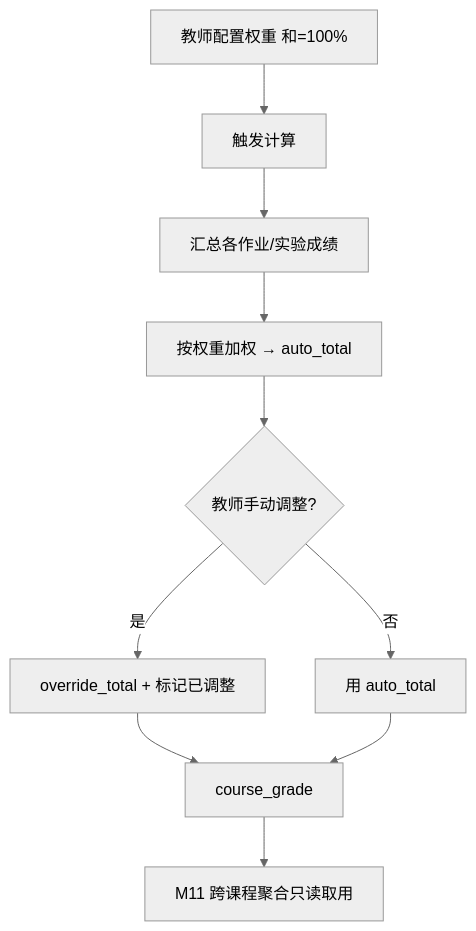
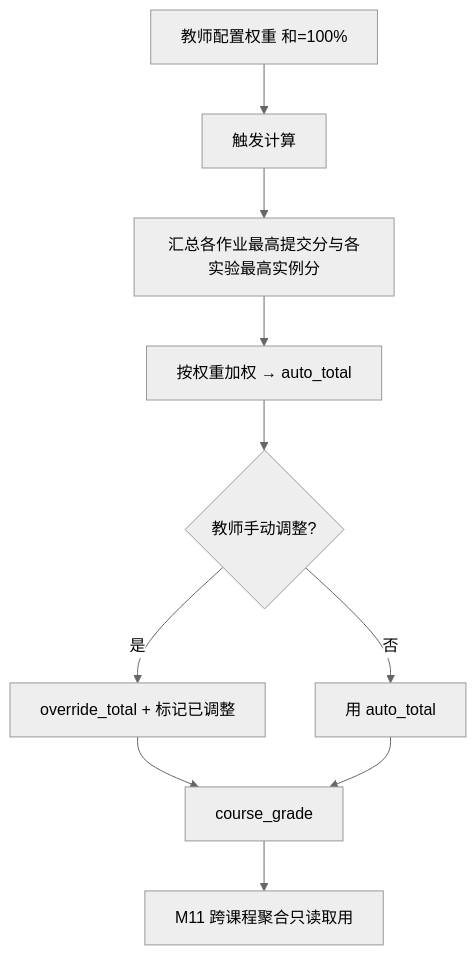
Before and after one commit to menghuishisan/CHAIMIR: the sixth of 7 diagrams in docs/06-教学/04-业务流程与状态机.md, drawn with Mermaid (neutral theme). The commit also changed 159 other files, not shown here.

````diff
--- a/docs/06-教学/04-业务流程与状态机.md
+++ b/docs/06-教学/04-业务流程与状态机.md
@@ -112,12 +112,12 @@
 ```mermaid
 flowchart TD
     A[教师配置权重 和=100%] --> B[触发计算]
-    B --> C[汇总各作业/实验成绩]
+    B --> C[汇总各作业最高提交分与各实验最高实例分]
     C --> D[按权重加权 → auto_total]
     D --> E{教师手动调整?}
     E -->|是| F[override_total + 标记已调整]
     E -->|否| G[用 auto_total]
     F --> H[course_grade]
     G --> H
     H --> I[M11 跨课程聚合只读取用]
 ```
````
